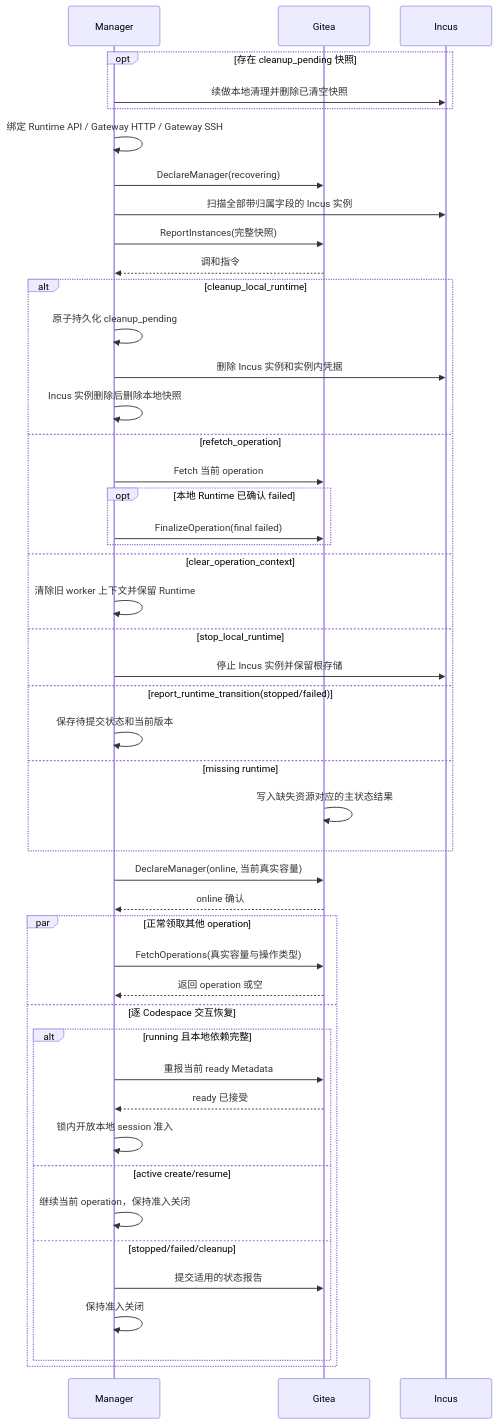
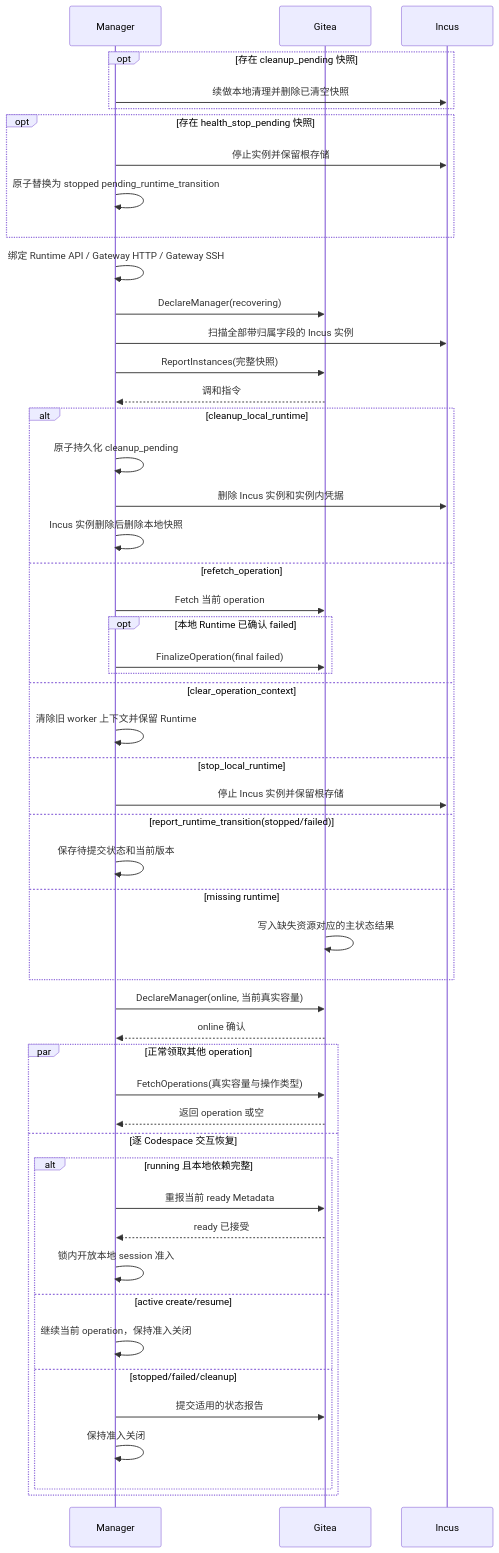
One commit to ExplodingDragon/gitea-dev changed the diagram in src/maintenance-recovery.md. Above: the diagram before and after it, drawn with Mermaid. The commit also changed other lines of this file and 10 other files, not shown here.

````diff
--- a/src/maintenance-recovery.md
+++ b/src/maintenance-recovery.md
@@ -112,50 +114,54 @@
 ```mermaid
 sequenceDiagram
     participant M as Manager
     participant G as Gitea
     participant B as Incus
 
     opt 存在 cleanup_pending 快照
         M->>B: 续做本地清理并删除已清空快照
+    end
+    opt 存在 health_stop_pending 快照
+        M->>B: 停止实例并保留根存储
+        M->>M: 原子替换为 stopped pending_runtime_transition
     end
     M->>M: 绑定 Runtime API / Gateway HTTP / Gateway SSH
     M->>G: DeclareManager(recovering)
     M->>B: 扫描全部带归属字段的 Incus 实例
     M->>G: ReportInstances(完整快照)
     G-->>M: 调和指令
     alt cleanup_local_runtime
         M->>M: 原子持久化 cleanup_pending
         M->>B: 删除 Incus 实例和实例内凭据
         M->>M: Incus 实例删除后删除本地快照
     else refetch_operation
         M->>G: Fetch 当前 operation
         opt 本地 Runtime 已确认 failed
             M->>G: FinalizeOperation(final failed)
         end
     else clear_operation_context
         M->>M: 清除旧 worker 上下文并保留 Runtime
     else stop_local_runtime
         M->>B: 停止 Incus 实例并保留根存储
     else report_runtime_transition(stopped/failed)
         M->>M: 保存待提交状态和当前版本
     else missing runtime
         G->>G: 写入缺失资源对应的主状态结果
     end
     M->>G: DeclareManager(online, 当前真实容量)
     G-->>M: online 确认
     par 正常领取其他 operation
         M->>G: FetchOperations(真实容量与操作类型)
         G-->>M: 返回 operation 或空
     and 逐 Codespace 交互恢复
         alt running 且本地依赖完整
             M->>G: 重报当前 ready Metadata
             G-->>M: ready 已接受
             M->>M: 锁内开放本地 session 准入
         else active create/resume
             M->>M: 继续当前 operation，保持准入关闭
         else stopped/failed/cleanup
             M->>G: 提交适用的状态报告
             M->>M: 保持准入关闭
         end
     end
 ```
````
